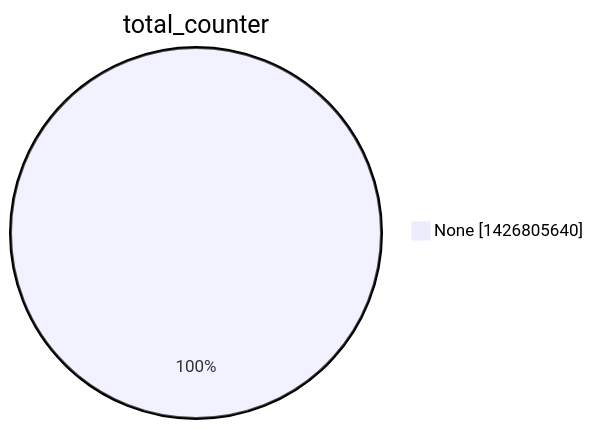
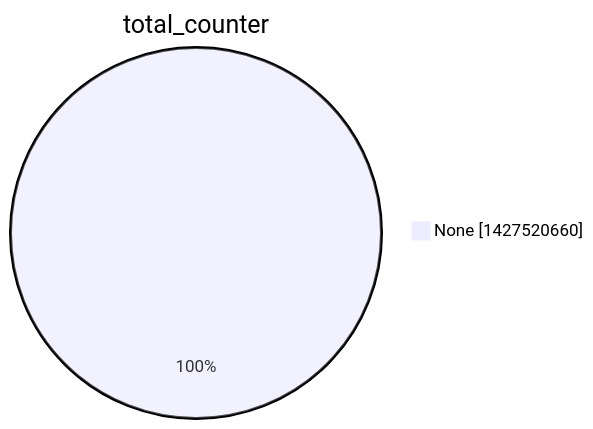
The second of 15 diagrams in argon2022/README.md (christiankrug/ctmonitor_visualization), drawn with Mermaid before and after one commit. The commit also changed other lines of this file, not shown here.

````diff
--- a/argon2022/README.md
+++ b/argon2022/README.md
@@ -9,5 +9,5 @@
 ```mermaid
 pie showData
 title total_counter
-"None" :1426805640
+"None" :1427520660
 ```
````
